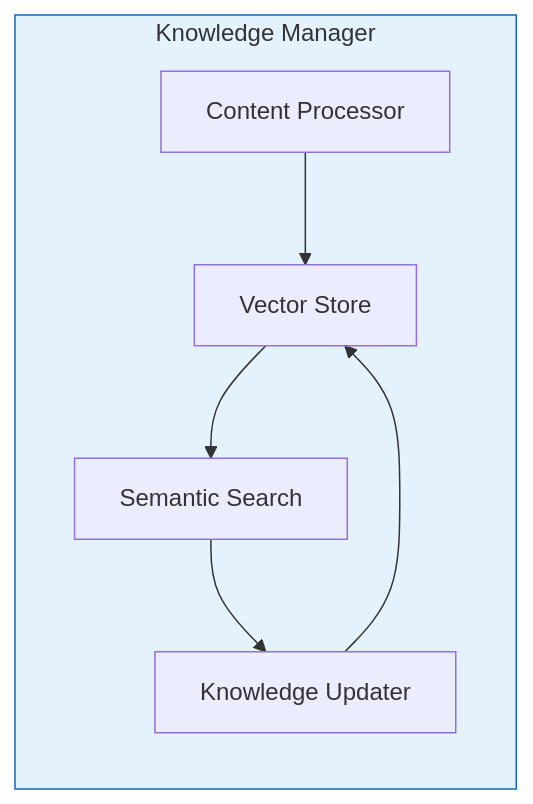
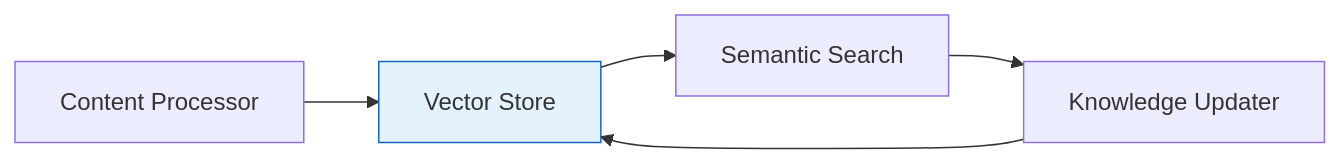
One commit to UVU-AI-Innovate/UTTA changed the third of 7 diagrams in UTTA.wiki/Architecture-Guide.md. Above: the diagram before and after it, drawn with Mermaid. The commit also changed other lines of this file, not shown here.

First line of the commit message:
Refactor Architecture Guide diagrams for improved readability

````diff
--- a/UTTA.wiki/Architecture-Guide.md
+++ b/UTTA.wiki/Architecture-Guide.md
@@ -88,16 +82,9 @@
 ```mermaid
 graph LR
-    subgraph KM[Knowledge Manager]
-        Store[Vector Store]
-        Process[Content Processor]
-        Search[Semantic Search]
-        Update[Knowledge Updater]
-    end
-
-    Store --> Search
-    Process --> Store
-    Search --> Update
+    Process[Content Processor] --> Store[Vector Store]
+    Store --> Search[Semantic Search]
+    Search --> Update[Knowledge Updater]
     Update --> Store
 
-    style KM fill:#e3f2fd,stroke:#1565c0
+    style Store fill:#e3f2fd,stroke:#1565c0
 ```
````
